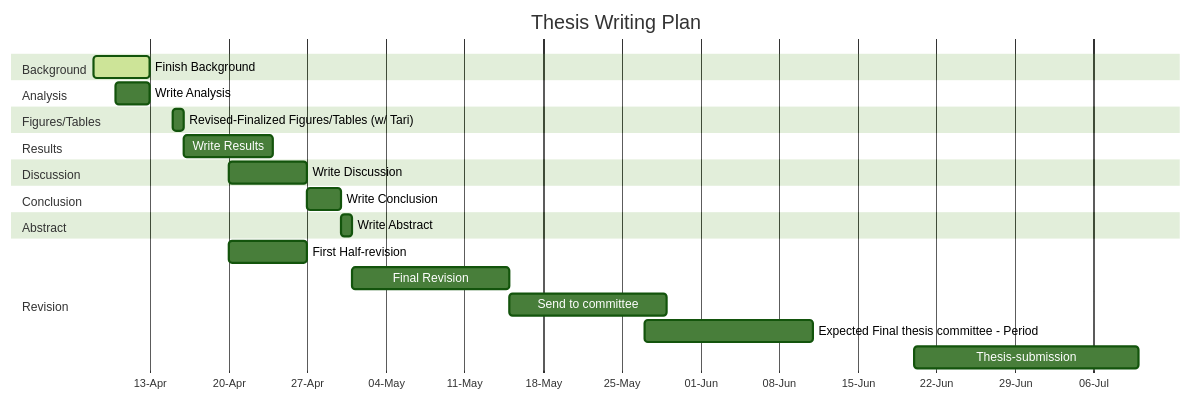
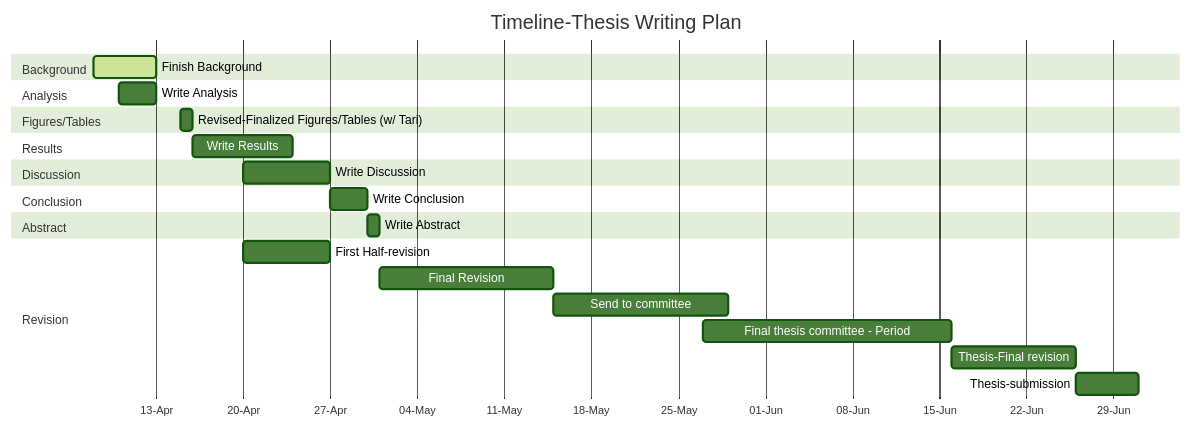
The diagram in courses/thesis/thesis-timeline.qmd (punyapatmap/education), drawn with Mermaid (forest theme) before and after one commit. The commit also changed other lines of this file and 8 other files, not shown here.

Commit message:
update revised timeline

````diff
--- a/courses/thesis/thesis-timeline.qmd
+++ b/courses/thesis/thesis-timeline.qmd
@@ -9,30 +11,31 @@
 ```{mermaid}
 gantt
-    title Thesis Writing Plan
+    title Timeline-Thesis Writing Plan
     dateFormat  YYYY-MM-DD
     axisFormat  %d-%b
     
     section Background
     Finish Background     :active, bg1, 2025-04-08, 5d
     section Analysis
     Write Analysis      :done     an1, 2025-04-10, 3d
     section Figures/Tables
     Revised-Finalized Figures/Tables (w/ Tari)      :ft1, 2025-04-15, 1d
     section Results
     Write Results         :       rs1, after ft1, 8d
     
     section Discussion
     Write Discussion      :dc1, 2025-04-20, 7d
     section Conclusion
     Write Conclusion      :cc1, 2025-04-27, 3d
     section Abstract
     Write Abstract        :ab1, 2025-04-30, 0.5d
 
     section Revision
     First Half-revision   :rev1, 2025-04-20, 7d
     Final Revision        :rev2, after ab1, 14d
     Send to committee     :sen1, after rev2, 14d
     
-    Expected Final thesis committee - Period  :ftc, 2025-05-27, 15d
-    Thesis-submission     :sbm2, 2025-06-20, 20d
+    Final thesis committee - Period  :ftc, 2025-05-27, 20d
+    Thesis-Final revision :revf, after ftc, 10d
+    Thesis-submission     :sbm2, after revf, 5d
 ```
````
